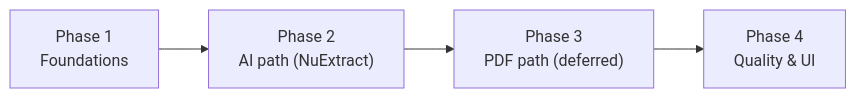
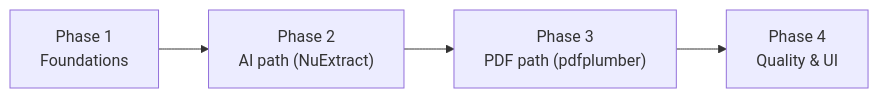
Before and after one commit to 17Sx/phaxtract: the sixth of 6 diagrams in docs/SPECIFICATION.md, drawn with Mermaid. The commit also changed other lines of this file and 4 other files, not shown here.

Commit message:
docs: mark native PDF path (monthly + period) implemented

````diff
--- a/docs/SPECIFICATION.md
+++ b/docs/SPECIFICATION.md
@@ -242,6 +246,6 @@
 ```mermaid
 flowchart LR
     P1["Phase 1\nFoundations"] --> P2["Phase 2\nAI path (NuExtract)"]
-    P2 --> P3["Phase 3\nPDF path (deferred)"]
+    P2 --> P3["Phase 3\nPDF path (pdfplumber)"]
     P3 --> P4["Phase 4\nQuality & UI"]
 ```
````
